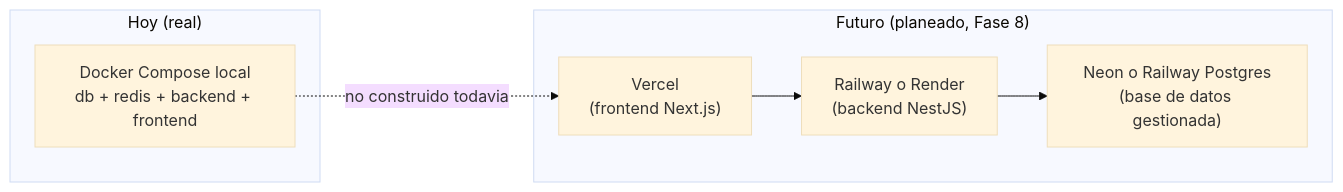
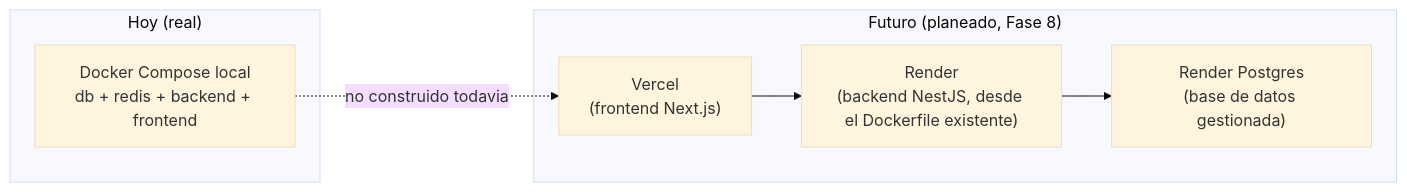
One commit to TomasPosada0626/Prodexa changed the diagram in docs/deployment/roadmap-despliegue.md. Above: the diagram before and after it, drawn with Mermaid (base theme). The commit also changed other lines of this file and 17 other files, not shown here.

````diff
--- a/docs/deployment/roadmap-despliegue.md
+++ b/docs/deployment/roadmap-despliegue.md
@@ -10,15 +10,15 @@
 ```mermaid
 flowchart LR
     subgraph "Hoy (real)"
         L["Docker Compose local<br/>db + redis + backend + frontend"]
     end
     subgraph "Futuro (planeado, Fase 8)"
         V["Vercel<br/>(frontend Next.js)"]
-        R["Railway o Render<br/>(backend NestJS)"]
-        N["Neon o Railway Postgres<br/>(base de datos gestionada)"]
+        R["Render<br/>(backend NestJS, desde el Dockerfile existente)"]
+        N["Render Postgres<br/>(base de datos gestionada)"]
     end
 
     L -. "no construido todavia" .-> V
     V --> R
     R --> N
 ```
````
